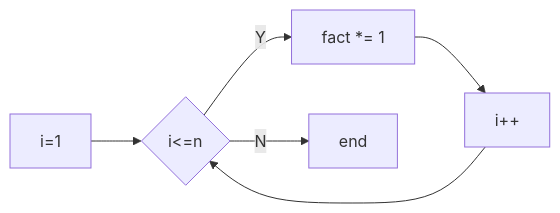
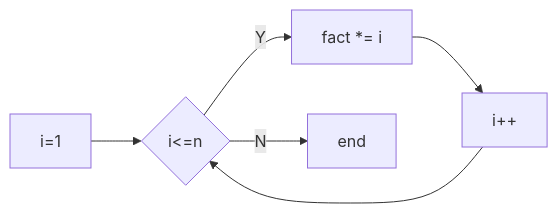
The diagram in 5.1/README.md (henan-wq/learn_c), drawn with Mermaid before and after one commit. The commit also changed other lines of this file, not shown here.

````diff
--- a/5.1/README.md
+++ b/5.1/README.md
@@ -178,8 +180,8 @@
 ```mermaid
 graph LR
 a[i=1] --> b{i<=n}
-b --> |Y|c["fact *= 1"]
+b --> |Y|c["fact *= i"]
 c --> d[i++]
 d --> b
 b --> |N|e[end]
 ```
````
